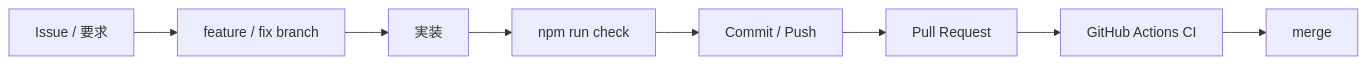
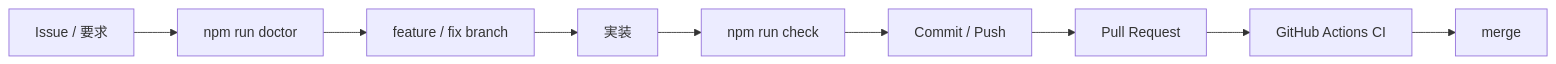
One commit to k-systems202208/nextjs-supabase-vercel-webapp-template changed the first of 4 diagrams in docs/DEVELOPMENT.md. Above: the diagram before and after it, drawn with Mermaid. The commit also changed other lines of this file and 9 other files, not shown here.

````diff
--- a/docs/DEVELOPMENT.md
+++ b/docs/DEVELOPMENT.md
@@ -13,10 +21,11 @@
 ```mermaid
 flowchart LR
-    A["Issue / 要求"] --> B["feature / fix branch"]
+    A["Issue / 要求"] --> D["npm run doctor"]
+    D --> B["feature / fix branch"]
     B --> C["実装"]
-    C --> D["npm run check"]
-    D --> E["Commit / Push"]
+    C --> Q["npm run check"]
+    Q --> E["Commit / Push"]
     E --> F["Pull Request"]
     F --> G["GitHub Actions CI"]
     G --> H["merge"]
 ```
````
